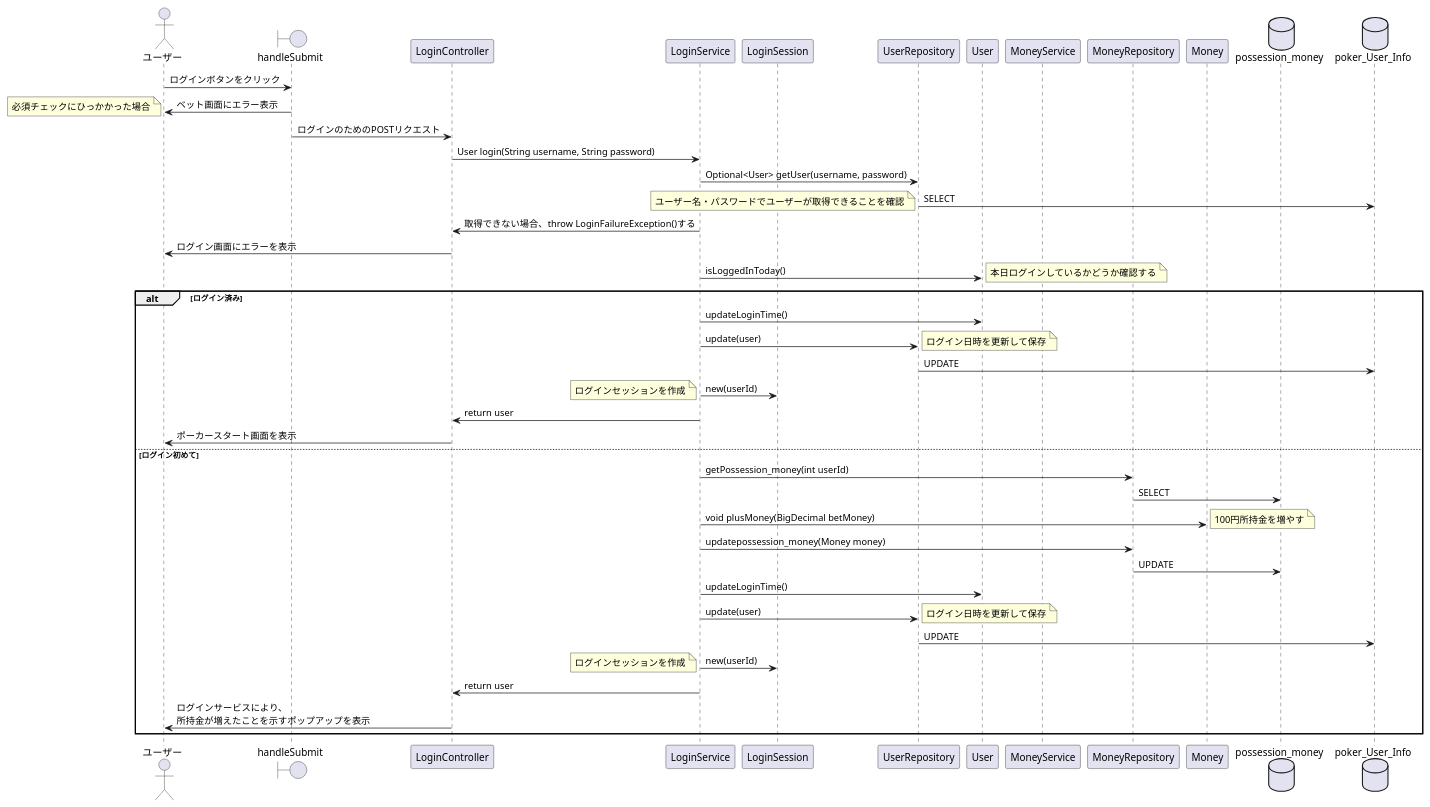
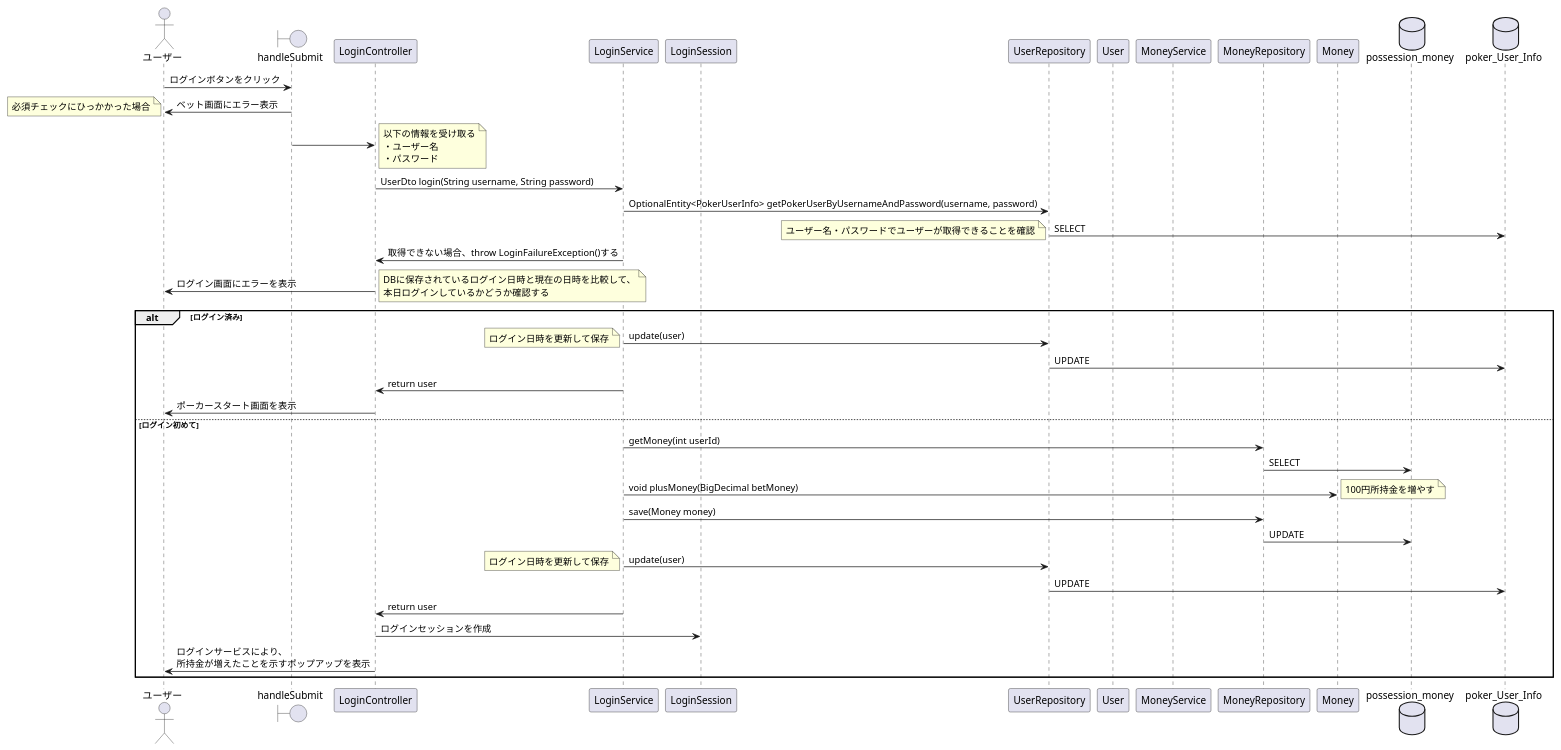
One commit to CSTSCSTS/UserAp changed the diagram in docs/詳細設計/シーケンス図/ログイン/ログインする(シーケンス図).puml. Above: the diagram before and after it, drawn with PlantUML. The commit also changed 7 other files, not shown here.

Commit message:
シーケンス図修正

```diff
--- a/docs/詳細設計/シーケンス図/ログイン/ログインする(シーケンス図).puml
+++ b/docs/詳細設計/シーケンス図/ログイン/ログインする(シーケンス図).puml
@@ -1,55 +1,50 @@
 @startuml
 
 actor ユーザー
 
 boundary handleSubmit
 participant LoginController
 participant LoginService
 participant LoginSession
 participant UserRepository
 participant User
 participant MoneyService
 participant MoneyRepository
 participant Money
 database possession_money
 database poker_User_Info
 
 ユーザー -> handleSubmit : ログインボタンをクリック
 handleSubmit -> ユーザー : ベット画面にエラー表示
 note left : 必須チェックにひっかかった場合
-handleSubmit -> LoginController : ログインのためのPOSTリクエスト
-LoginController -> LoginService : User login(String username, String password)
-LoginService -> UserRepository : Optional<User> getUser(username, password)
+handleSubmit -> LoginController : 
+note right: 以下の情報を受け取る\n・ユーザー名\n・パスワード
+LoginController -> LoginService : UserDto login(String username, String password)
+LoginService -> UserRepository : OptionalEntity<PokerUserInfo> getPokerUserByUsernameAndPassword(username, password)
 UserRepository -> poker_User_Info : SELECT
 note left : ユーザー名・パスワードでユーザーが取得できることを確認
 LoginService -> LoginController : 取得できない場合、throw LoginFailureException()する
 LoginController -> ユーザー : ログイン画面にエラーを表示
-LoginService -> User : isLoggedInToday()
-note right : 本日ログインしているかどうか確認する
+note right : DBに保存されているログイン日時と現在の日時を比較して、\n本日ログインしているかどうか確認する
 alt ログイン済み
-  LoginService -> User : updateLoginTime()
   LoginService -> UserRepository : update(user)
-  note right : ログイン日時を更新して保存
+  note left : ログイン日時を更新して保存
   UserRepository -> poker_User_Info : UPDATE
-  LoginService -> LoginSession : new(userId)
-  note left : ログインセッションを作成
   LoginService -> LoginController : return user
   LoginController -> ユーザー : ポーカースタート画面を表示
 else ログイン初めて
-  LoginService -> MoneyRepository : getPossession_money(int userId)
+  LoginService -> MoneyRepository : getMoney(int userId)
   MoneyRepository -> possession_money : SELECT
   LoginService -> Money : void plusMoney(BigDecimal betMoney)
   note right : 100円所持金を増やす
-  LoginService -> MoneyRepository : updatepossession_money(Money money)
+  LoginService -> MoneyRepository : save(Money money)
   MoneyRepository -> possession_money : UPDATE
-  LoginService -> User : updateLoginTime()
   LoginService -> UserRepository : update(user)
-  note right : ログイン日時を更新して保存
+  note left : ログイン日時を更新して保存
   UserRepository -> poker_User_Info : UPDATE
-  LoginService -> LoginSession : new(userId)
-  note left : ログインセッションを作成
   LoginService -> LoginController : return user
+  LoginController -> LoginSession: ログインセッションを作成
   LoginController -> ユーザー : ログインサービスにより、\n所持金が増えたことを示すポップアップを表示
 end
 
 @enduml
```
